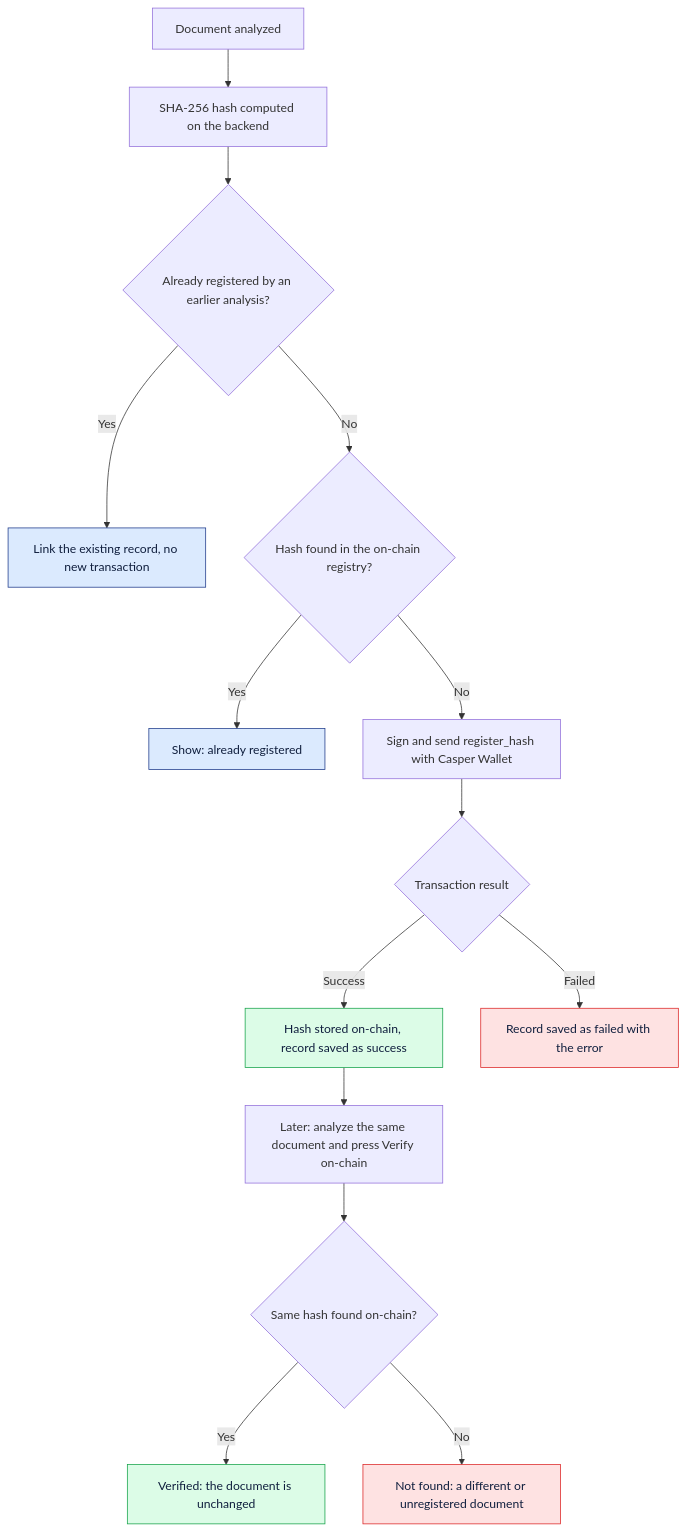
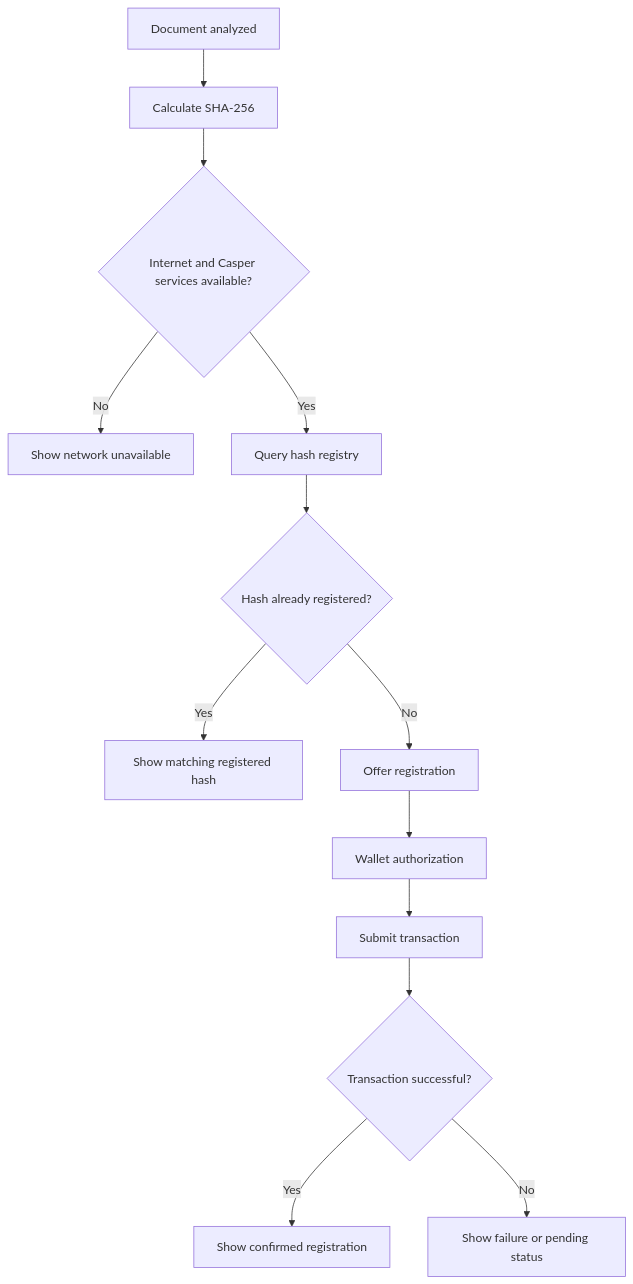
One commit to Hajrajadoon/LexProof-Pocket changed the fifth of 6 diagrams in README.md. Above: the diagram before and after it, drawn with Mermaid. The commit also changed other lines of this file, not shown here.

````diff
--- a/README.md
+++ b/README.md
@@ -307,23 +370,15 @@
 ```mermaid
 flowchart TD
-    A["Document analyzed"] --> B["SHA-256 hash computed on the backend"]
-    B --> C{"Already registered by an earlier analysis?"}
-    C -- "Yes" --> D["Link the existing record, no new transaction"]
-    C -- "No" --> E{"Hash found in the on-chain registry?"}
-    E -- "Yes" --> F["Show: already registered"]
-    E -- "No" --> G["Sign and send register_hash with Casper Wallet"]
-    G --> H{"Transaction result"}
-    H -- "Success" --> I["Hash stored on-chain, record saved as success"]
-    H -- "Failed" --> J["Record saved as failed with the error"]
-    I --> K["Later: analyze the same document and press Verify on-chain"]
-    K --> L{"Same hash found on-chain?"}
-    L -- "Yes" --> M["Verified: the document is unchanged"]
-    L -- "No" --> N["Not found: a different or unregistered document"]
-
-    style D fill:#DBEAFE,stroke:#1E3A8A,color:#0F1E3D
-    style F fill:#DBEAFE,stroke:#1E3A8A,color:#0F1E3D
-    style I fill:#DCFCE7,stroke:#16A34A,color:#0F1E3D
-    style J fill:#FEE2E2,stroke:#DC2626,color:#0F1E3D
-    style M fill:#DCFCE7,stroke:#16A34A,color:#0F1E3D
-    style N fill:#FEE2E2,stroke:#DC2626,color:#0F1E3D
+    A["Document analyzed"] --> B["Calculate SHA-256"]
+    B --> C{"Internet and Casper services available?"}
+    C -- "No" --> D["Show network unavailable"]
+    C -- "Yes" --> E["Query hash registry"]
+    E --> F{"Hash already registered?"}
+    F -- "Yes" --> G["Show matching registered hash"]
+    F -- "No" --> H["Offer registration"]
+    H --> I["Wallet authorization"]
+    I --> J["Submit transaction"]
+    J --> K{"Transaction successful?"}
+    K -- "Yes" --> L["Show confirmed registration"]
+    K -- "No" --> M["Show failure or pending status"]
 ```
````
